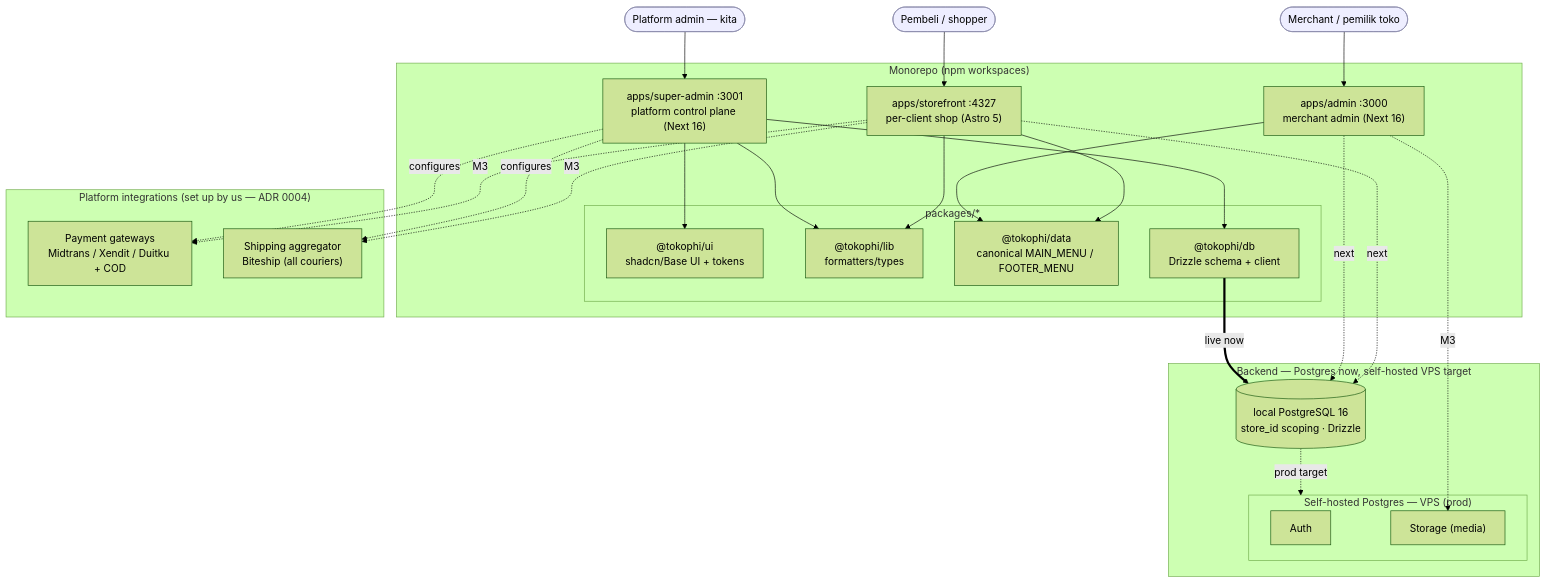
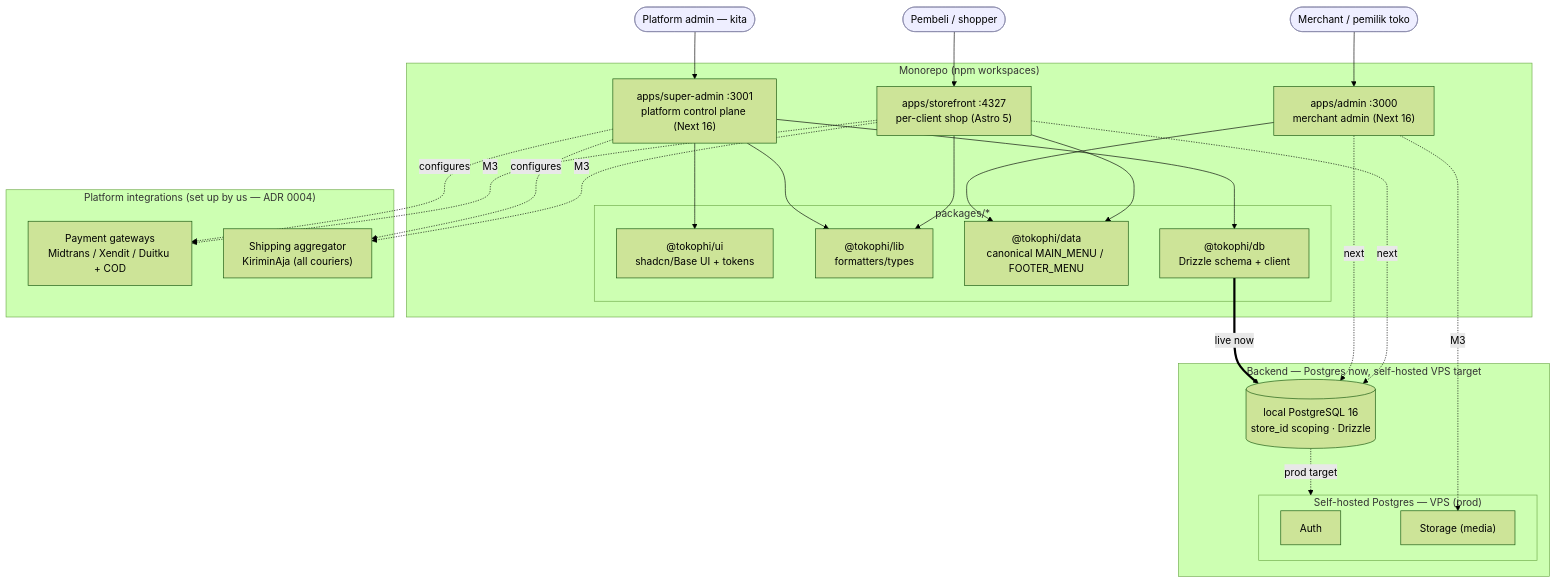
One commit to ongkipro/tokophi changed the first of 11 diagrams in specs/docs/UML.md. Above: the diagram before and after it, drawn with Mermaid (forest theme). The commit also changed other lines of this file and 8 other files, not shown here.

First line of the commit message:
docs: KiriminAja aggregator (was Biteship) + SYSTEM_GUIDE.md (whole-system overview)

````diff
--- a/specs/docs/UML.md
+++ b/specs/docs/UML.md
@@ -10,54 +10,54 @@
 ```mermaid
 graph TB
   Shopper([Pembeli / shopper]):::user
   Merchant([Merchant / pemilik toko]):::user
   PlatformAdmin([Platform admin — kita]):::user
 
   subgraph Monorepo["Monorepo (npm workspaces)"]
     Admin["apps/admin :3000<br/>merchant admin (Next 16)"]
     SuperAdmin["apps/super-admin :3001<br/>platform control plane (Next 16)"]
     Storefront["apps/storefront :4327<br/>per-client shop (Astro 5)"]
     subgraph Packages["packages/*"]
       UI["@tokophi/ui<br/>shadcn/Base UI + tokens"]
       Lib["@tokophi/lib<br/>formatters/types"]
       Data["@tokophi/data<br/>canonical MAIN_MENU / FOOTER_MENU"]
       Db["@tokophi/db<br/>Drizzle schema + client"]
     end
   end
 
   subgraph Backend["Backend — Postgres now, self-hosted VPS target"]
     PGSQL[("local PostgreSQL 16<br/>store_id scoping · Drizzle")]
     subgraph Sb["Self-hosted Postgres — VPS (prod)"]
       Auth["Auth"]
       Storage["Storage (media)"]
     end
   end
 
   subgraph Integrations["Platform integrations (set up by us — ADR 0004)"]
     PG["Payment gateways<br/>Midtrans / Xendit / Duitku + COD"]
-    AGG["Shipping aggregator<br/>Biteship (all couriers)"]
+    AGG["Shipping aggregator<br/>KiriminAja (all couriers)"]
   end
 
   Shopper --> Storefront
   Merchant --> Admin
   PlatformAdmin --> SuperAdmin
 
   SuperAdmin --> UI
   SuperAdmin --> Lib
   Admin --> Data
   Storefront --> Lib
   Storefront --> Data
 
   SuperAdmin --> Db
   Db ==>|live now| PGSQL
   Admin -. next .-> PGSQL
   Storefront -. next .-> PGSQL
   PGSQL -. prod target .-> Sb
   Admin -. M3 .-> Storage
   SuperAdmin -. configures .-> PG
   SuperAdmin -. configures .-> AGG
   Storefront -. M3 .-> PG
   Storefront -. M3 .-> AGG
 
   classDef user fill:#eef,stroke:#88a;
 ```
````
